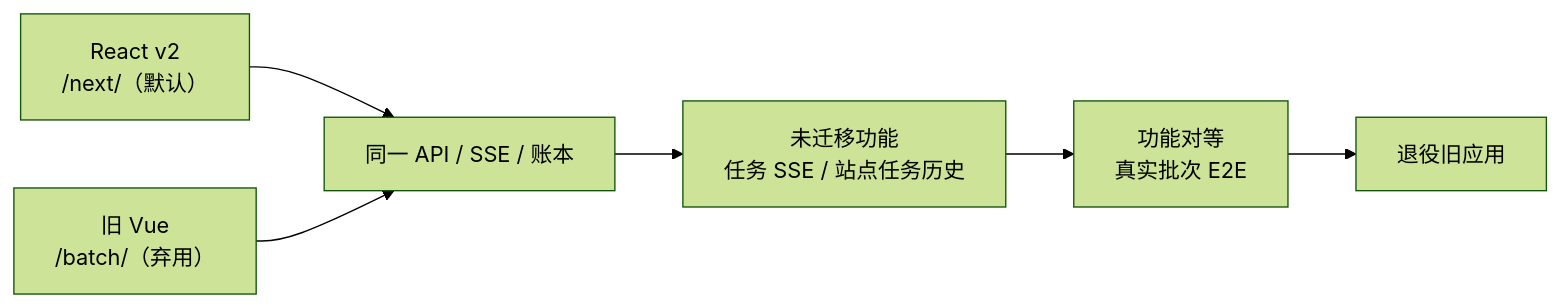
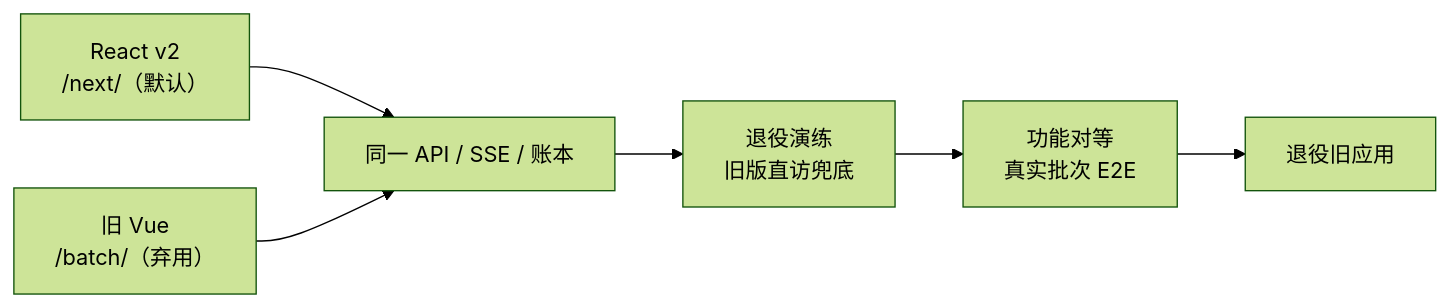
One commit to xuchaoxin1375/ai-ecom-crawler changed the diagram in docs/adr/0012-前端v2技术栈与设计系统.md. Above: the diagram before and after it, drawn with Mermaid (forest theme). The commit also changed other lines of this file and 18 other files, not shown here.

````diff
--- a/docs/adr/0012-前端v2技术栈与设计系统.md
+++ b/docs/adr/0012-前端v2技术栈与设计系统.md
@@ -104,8 +104,8 @@
 ```mermaid
 flowchart LR
     R["React v2<br>/next/（默认）"] --> P["同一 API / SSE / 账本"]
     V["旧 Vue<br>/batch/（弃用）"] --> P
-    P --> S["未迁移功能<br>任务 SSE / 站点任务历史"]
+    P --> S["退役演练<br>旧版直访兜底"]
     S --> C["功能对等<br>真实批次 E2E"]
     C --> E["退役旧应用"]
 ```
````
